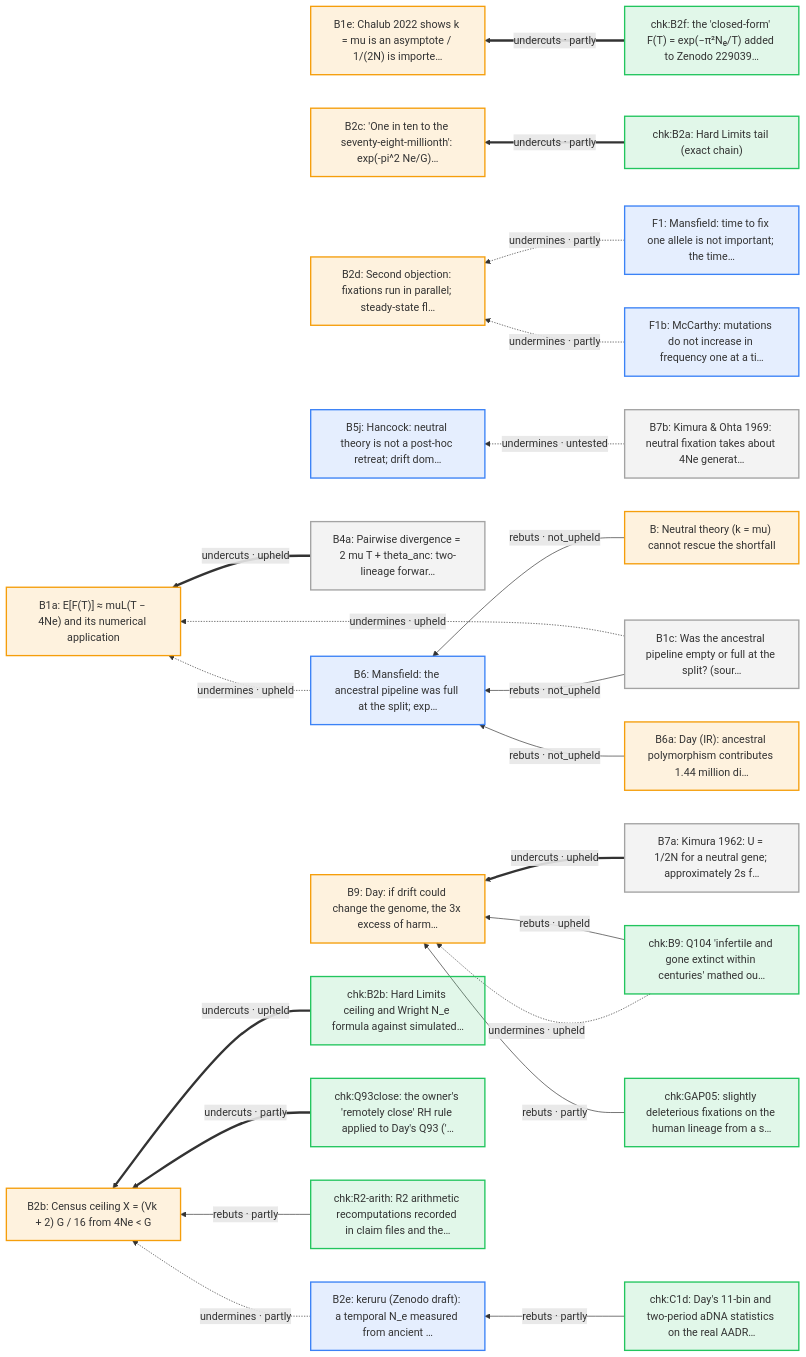
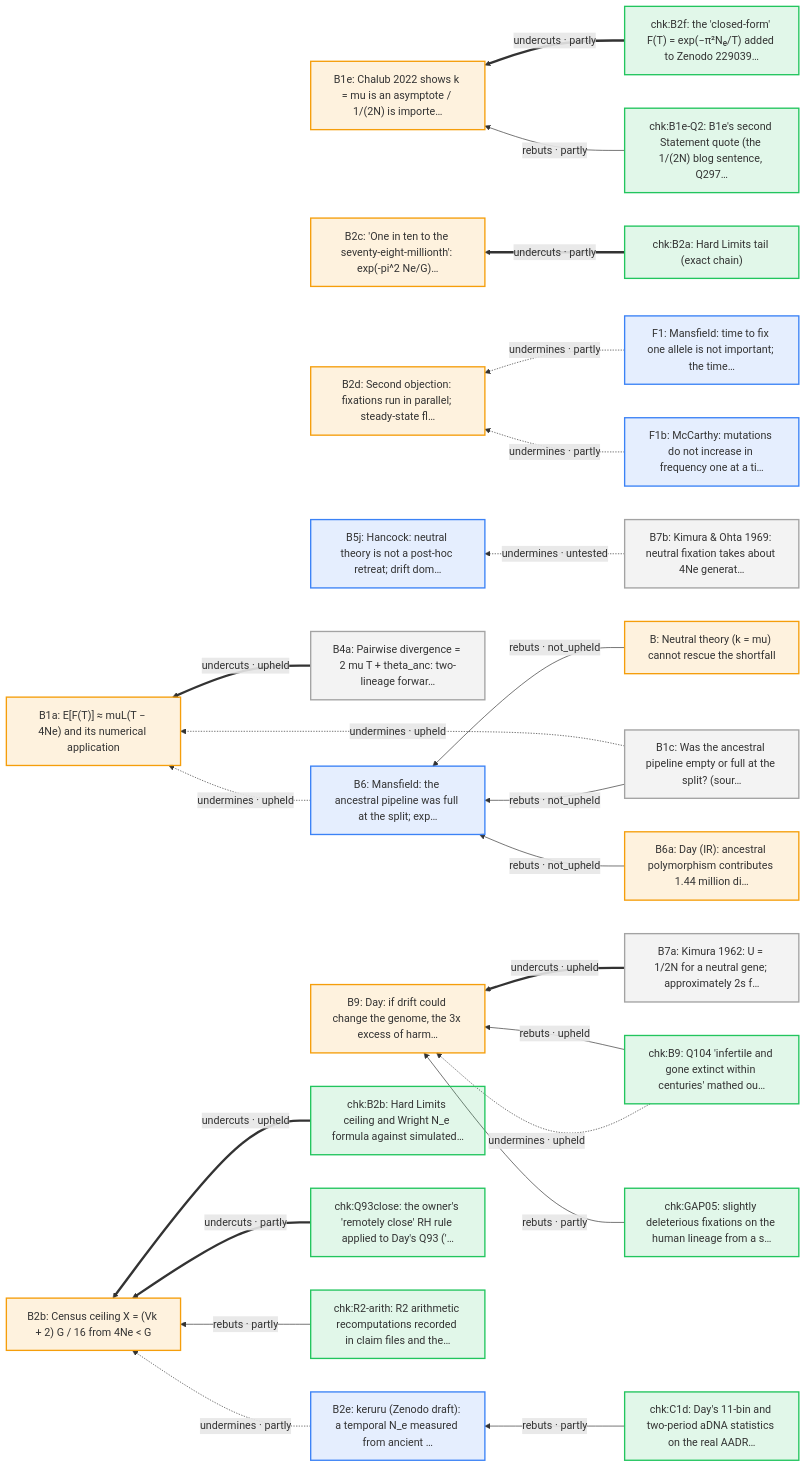
One commit to nickallevato/evo-sim changed the fifth of 24 diagrams in docs/arguments/defeaters.md. Above: the diagram before and after it, drawn with Mermaid. The commit also changed other lines of this file and 9 other files, not shown here.

````diff
--- a/docs/arguments/defeaters.md
+++ b/docs/arguments/defeaters.md
@@ -251,53 +251,55 @@
 ```mermaid
 flowchart RL
   classDef day fill:#f59e0b22,stroke:#f59e0b,stroke-width:2px
   classDef ally fill:#d9770622,stroke:#d97706,stroke-width:2px
   classDef critic fill:#3b82f622,stroke:#3b82f6,stroke-width:2px
   classDef literature fill:#a3a3a322,stroke:#a3a3a3,stroke-width:2px
   classDef audit fill:#22c55e22,stroke:#22c55e,stroke-width:2px
   B["B: Neutral theory (k = mu) cannot rescue the shortfall"]:::day
   B1a["B1a: E[F(T)] ≈ muL(T − 4Ne) and its numerical application"]:::day
   B1c["B1c: Was the ancestral pipeline empty or full at the split? (sour…"]:::literature
   B1e["B1e: Chalub 2022 shows k = mu is an asymptote / 1/(2N) is importe…"]:::day
   B2b["B2b: Census ceiling X = (Vk + 2) G / 16 from 4Ne < G"]:::day
   B2c["B2c: 'One in ten to the seventy-eight-millionth': exp(-pi^2 Ne/G)…"]:::day
   B2d["B2d: Second objection: fixations run in parallel; steady-state fl…"]:::day
   B2e["B2e: keruru (Zenodo draft): a temporal N_e measured from ancient …"]:::critic
   B4a["B4a: Pairwise divergence = 2 mu T + theta_anc: two-lineage forwar…"]:::literature
   B5j["B5j: Hancock: neutral theory is not a post-hoc retreat; drift dom…"]:::critic
   B6["B6: Mansfield: the ancestral pipeline was full at the split; exp…"]:::critic
   B6a["B6a: Day (IR): ancestral polymorphism contributes 1.44 million di…"]:::day
   B7a["B7a: Kimura 1962: U = 1/2N for a neutral gene; approximately 2s f…"]:::literature
   B7b["B7b: Kimura & Ohta 1969: neutral fixation takes about 4Ne generat…"]:::literature
   B9["B9: Day: if drift could change the genome, the 3x excess of harm…"]:::day
   F1["F1: Mansfield: time to fix one allele is not important; the time…"]:::critic
   F1b["F1b: McCarthy: mutations do not increase in frequency one at a ti…"]:::critic
+  chk_B1e_Q2["chk:B1e-Q2: B1e's second Statement quote (the 1/(2N) blog sentence, Q297…"]:::audit
   chk_B2a["chk:B2a: Hard Limits tail (exact chain)"]:::audit
   chk_B2b["chk:B2b: Hard Limits ceiling and Wright N_e formula against simulated…"]:::audit
   chk_B2f["chk:B2f: the 'closed-form' F(T) = exp(−π²Nₑ/T) added to Zenodo 229039…"]:::audit
   chk_B9["chk:B9: Q104 'infertile and gone extinct within centuries' mathed ou…"]:::audit
   chk_C1d["chk:C1d: Day's 11-bin and two-period aDNA statistics on the real AADR…"]:::audit
   chk_GAP05["chk:GAP05: slightly deleterious fixations on the human lineage from a s…"]:::audit
   chk_Q93close["chk:Q93close: the owner's 'remotely close' RH rule applied to Day's Q93 ('…"]:::audit
   chk_R2_arith["chk:R2-arith: R2 arithmetic recomputations recorded in claim files and the…"]:::audit
   B7b -.->|"undermines · untested"| B5j
   B7a ==>|"undercuts · upheld"| B9
   chk_B9 -->|"rebuts · upheld"| B9
   chk_B9 -.->|"undermines · upheld"| B9
   chk_GAP05 -->|"rebuts · partly"| B9
   B1c -.->|"undermines · upheld"| B1a
   B4a ==>|"undercuts · upheld"| B1a
   B6 -.->|"undermines · upheld"| B1a
   chk_B2f ==>|"undercuts · partly"| B1e
+  chk_B1e_Q2 -->|"rebuts · partly"| B1e
   B -->|"rebuts · not_upheld"| B6
   B6a -->|"rebuts · not_upheld"| B6
   B1c -->|"rebuts · not_upheld"| B6
   chk_R2_arith -->|"rebuts · partly"| B2b
   B2e -.->|"undermines · partly"| B2b
   chk_B2b ==>|"undercuts · upheld"| B2b
   chk_Q93close ==>|"undercuts · partly"| B2b
   chk_B2a ==>|"undercuts · partly"| B2c
   F1 -.->|"undermines · partly"| B2d
   F1b -.->|"undermines · partly"| B2d
   chk_C1d -->|"rebuts · partly"| B2e
 ```
````
